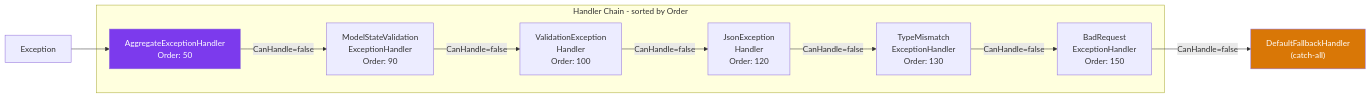
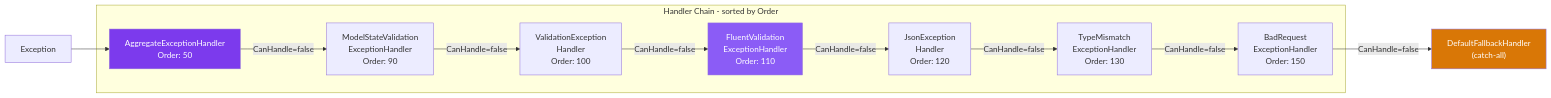
The fifth of 14 diagrams in docs/site/architecture.md (AhmedV20/error-handling-dotnet), drawn with Mermaid before and after one commit. The commit also changed other lines of this file and 73 other files, not shown here.

First line of the commit message:
feat: v1.4.0 - FluentValidation integration, configurable messages, and error code strategies (#5)

````diff
--- a/docs/site/architecture.md
+++ b/docs/site/architecture.md
@@ -266,23 +277,26 @@
 ```mermaid
 graph LR
     EX["Exception"] --> AGG
 
     subgraph Handler Chain - sorted by Order
         AGG["AggregateExceptionHandler<br/>Order: 50"]
         MSV["ModelStateValidation<br/>ExceptionHandler<br/>Order: 90"]
         VEH["ValidationException<br/>Handler<br/>Order: 100"]
+        FVEH["FluentValidation<br/>ExceptionHandler<br/>Order: 110"]
         JEH["JsonException<br/>Handler<br/>Order: 120"]
         TMH["TypeMismatch<br/>ExceptionHandler<br/>Order: 130"]
         BRH["BadRequest<br/>ExceptionHandler<br/>Order: 150"]
     end
 
     AGG -->|CanHandle=false| MSV
     MSV -->|CanHandle=false| VEH
-    VEH -->|CanHandle=false| JEH
+    VEH -->|CanHandle=false| FVEH
+    FVEH -->|CanHandle=false| JEH
     JEH -->|CanHandle=false| TMH
     TMH -->|CanHandle=false| BRH
     BRH -->|CanHandle=false| FB["DefaultFallbackHandler<br/>(catch-all)"]
 
     style AGG fill:#7c3aed,color:#fff
+    style FVEH fill:#8b5cf6,color:#fff
     style FB fill:#d97706,color:#fff
 ```
````
